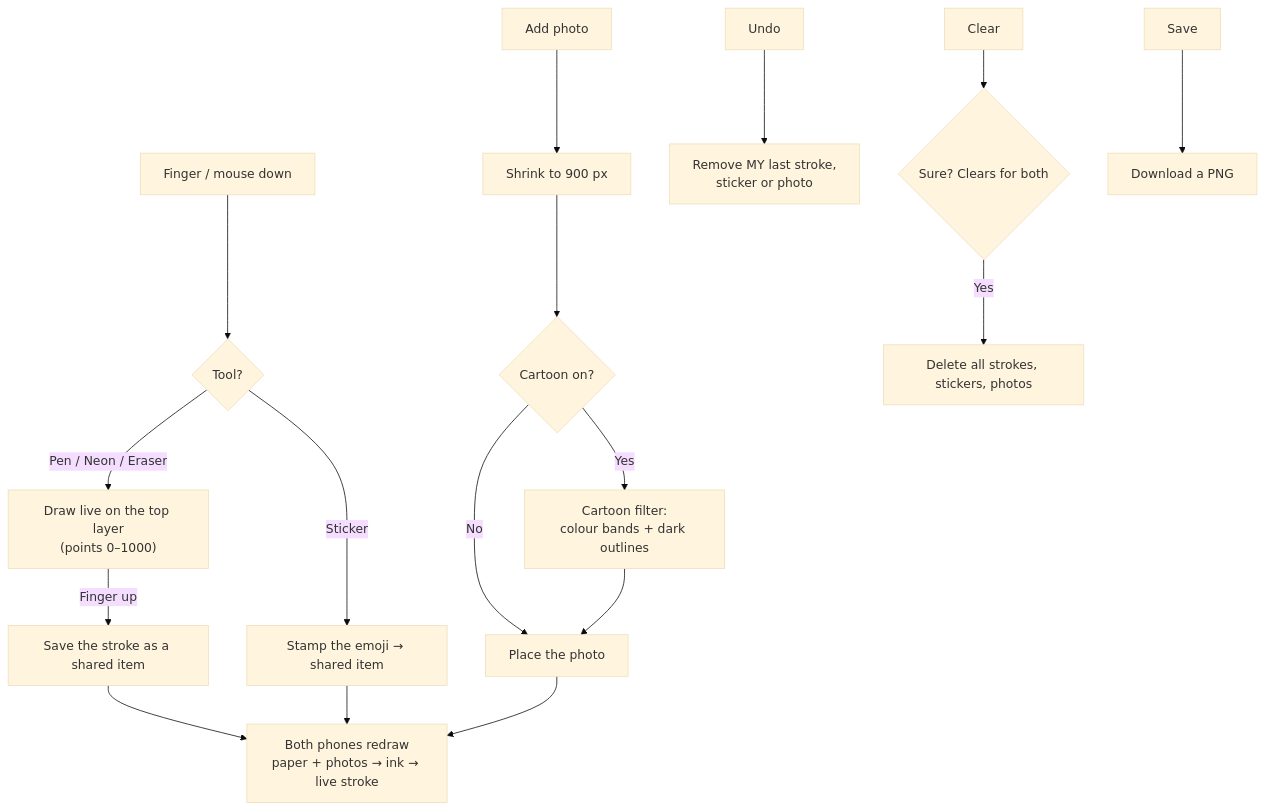
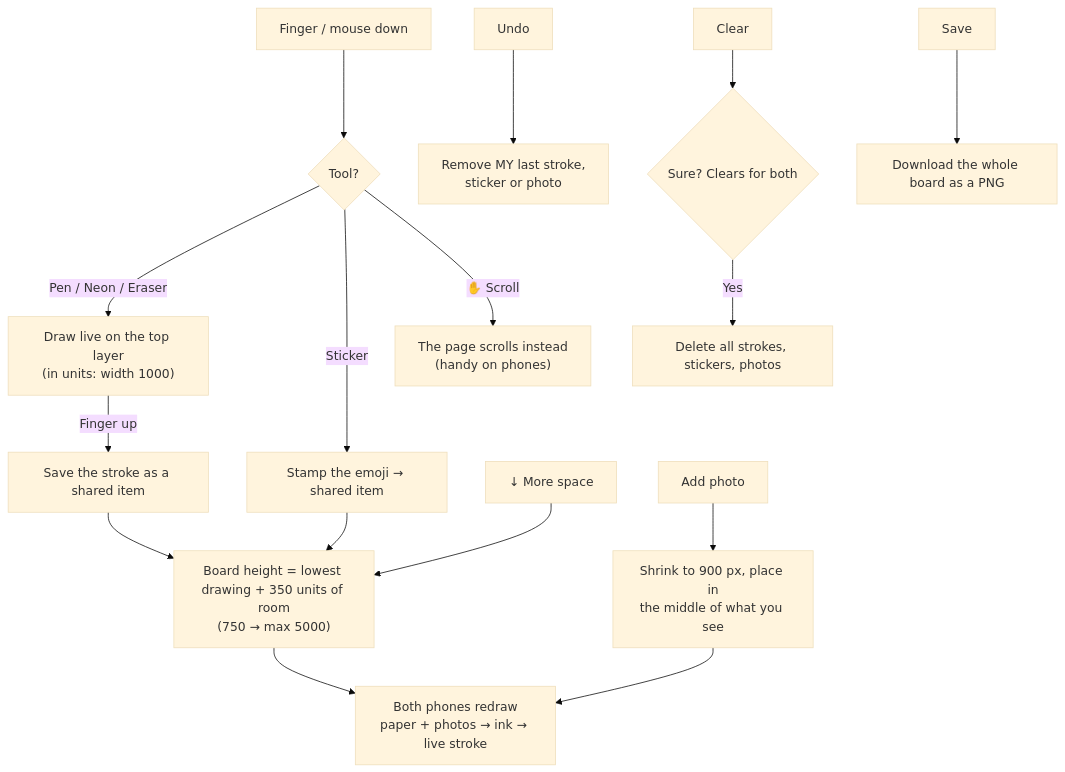
Before and after one commit to silent-coder-dev/private-space: diagram 19 of 30 in front-end/doc/04-flowcharts.md, drawn with Mermaid (base theme). The commit also changed other lines of this file and 78 other files, not shown here.

````diff
--- a/front-end/doc/04-flowcharts.md
+++ b/front-end/doc/04-flowcharts.md
@@ -387,16 +424,15 @@
 ```mermaid
 flowchart TD
     A["Finger / mouse down"] --> B{"Tool?"}
-    B -->|"Pen / Neon / Eraser"| C["Draw live on the top layer<br/>(points 0–1000)"]
+    B -->|"Pen / Neon / Eraser"| C["Draw live on the top layer<br/>(in units: width 1000)"]
     C -->|"Finger up"| D["Save the stroke as a shared item"]
     B -->|"Sticker"| E["Stamp the emoji → shared item"]
-    D & E --> F["Both phones redraw<br/>paper + photos → ink → live stroke"]
-    P["Add photo"] --> Q["Shrink to 900 px"]
-    Q --> R{"Cartoon on?"}
-    R -->|"Yes"| S["Cartoon filter:<br/>colour bands + dark outlines"]
-    R -->|"No"| T["Place the photo"]
-    S --> T --> F
+    B -->|"✋ Scroll"| SC["The page scrolls instead<br/>(handy on phones)"]
+    D & E --> H["Board height = lowest drawing + 350 units of room<br/>(750 → max 5000)"]
+    H --> F["Both phones redraw<br/>paper + photos → ink → live stroke"]
+    MS["↓ More space"] --> H
+    P["Add photo"] --> Q["Shrink to 900 px, place in<br/>the middle of what you see"] --> F
     U["Undo"] --> U2["Remove MY last stroke,<br/>sticker or photo"]
     X["Clear"] --> X2{"Sure? Clears for both"} -->|"Yes"| X3["Delete all strokes, stickers, photos"]
-    Y["Save"] --> Y2["Download a PNG"]
+    Y["Save"] --> Y2["Download the whole board as a PNG"]
 ```
````
